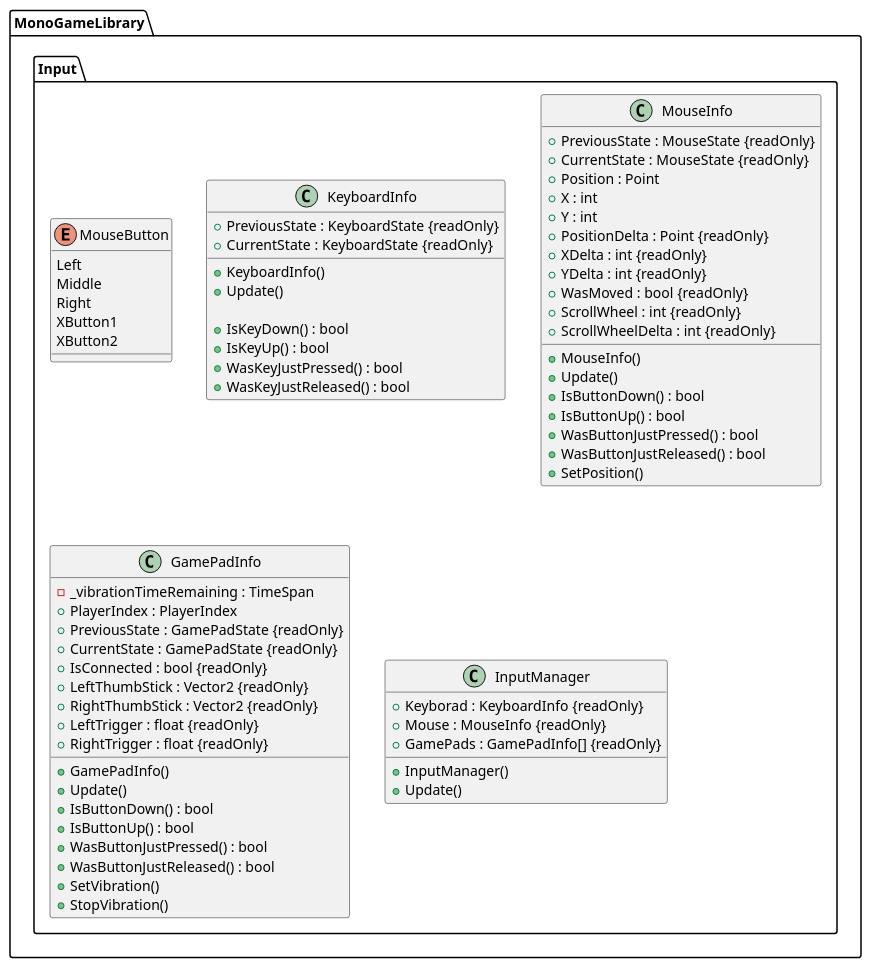
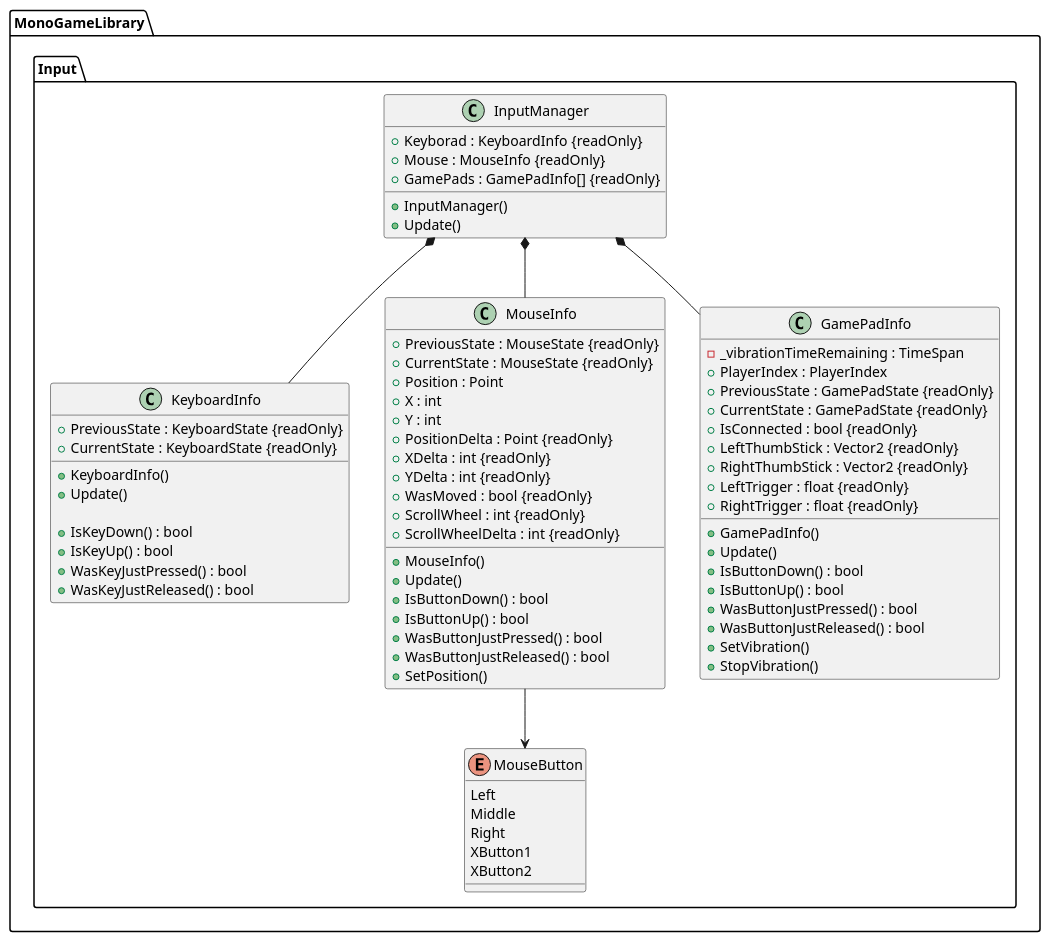
The diagram in docs/puml/MonoGameLibrary/Input/Input.puml (priceEXE/MonoGame), drawn with PlantUML before and after one commit. The commit also changed 14 other files, not shown here.

Commit message:
uml update

```diff
--- a/docs/puml/MonoGameLibrary/Input/Input.puml
+++ b/docs/puml/MonoGameLibrary/Input/Input.puml
@@ -1,77 +1,82 @@
 @startuml Input
 namespace MonoGameLibrary.Input {
     enum MouseButton {
         Left
         Middle
         Right
         XButton1
         XButton2
     }
 
     class KeyboardInfo {
         + PreviousState : KeyboardState {readOnly}
         + CurrentState : KeyboardState {readOnly}
 
         + KeyboardInfo()
         + Update()
 
         + IsKeyDown() : bool
         + IsKeyUp() : bool
         + WasKeyJustPressed() : bool
         + WasKeyJustReleased() : bool
     }
 
     class MouseInfo {
         + PreviousState : MouseState {readOnly}
         + CurrentState : MouseState {readOnly}
         + Position : Point
         + X : int
         + Y : int
         + PositionDelta : Point {readOnly}
         + XDelta : int {readOnly}
         + YDelta : int {readOnly}
         + WasMoved : bool {readOnly}
         + ScrollWheel : int {readOnly}
         + ScrollWheelDelta : int {readOnly}
 
         + MouseInfo()
         + Update()
         + IsButtonDown() : bool
         + IsButtonUp() : bool
         + WasButtonJustPressed() : bool
         + WasButtonJustReleased() : bool
         + SetPosition()
 
     }
 
     class GamePadInfo {
         - _vibrationTimeRemaining : TimeSpan
         + PlayerIndex : PlayerIndex
         + PreviousState : GamePadState {readOnly}
         + CurrentState : GamePadState {readOnly}
         + IsConnected : bool {readOnly}
         + LeftThumbStick : Vector2 {readOnly}
         + RightThumbStick : Vector2 {readOnly}
         + LeftTrigger : float {readOnly}
         + RightTrigger : float {readOnly}
 
         + GamePadInfo()
         + Update()
         + IsButtonDown() : bool
         + IsButtonUp() : bool
         + WasButtonJustPressed() : bool
         + WasButtonJustReleased() : bool
         + SetVibration()
         + StopVibration()
     }
 
     class InputManager {
         + Keyborad : KeyboardInfo {readOnly}
         + Mouse : MouseInfo {readOnly}
         + GamePads : GamePadInfo[] {readOnly}
 
         + InputManager()
         + Update()
     }
+
+    InputManager *-- KeyboardInfo
+    InputManager *-- GamePadInfo
+    InputManager *-- MouseInfo
+    MouseInfo --> MouseButton
 }
 @enduml
```
